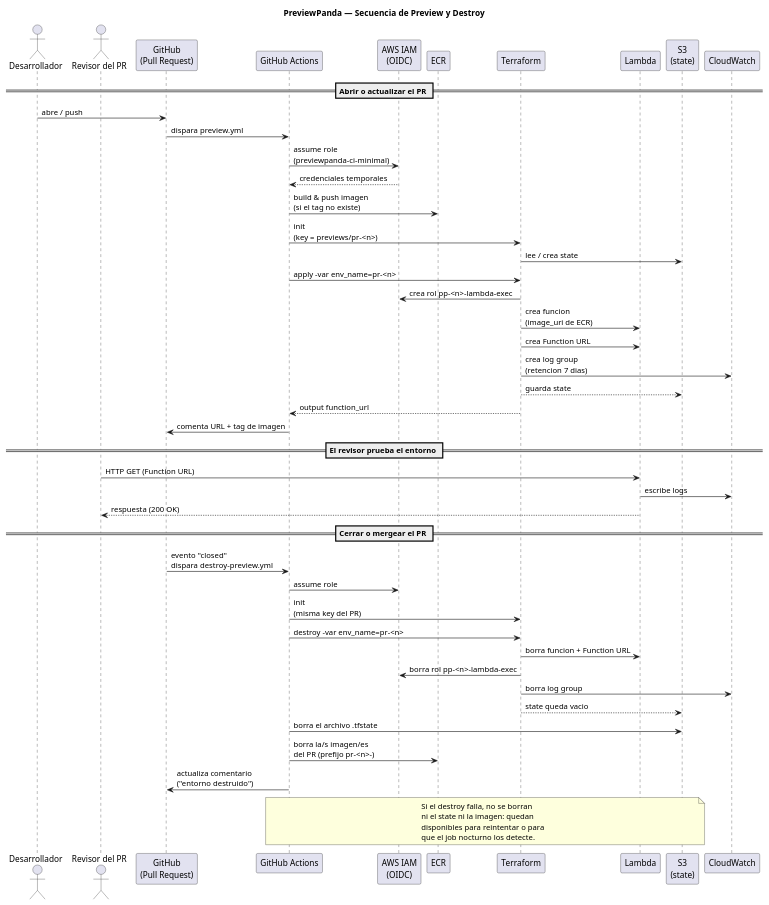
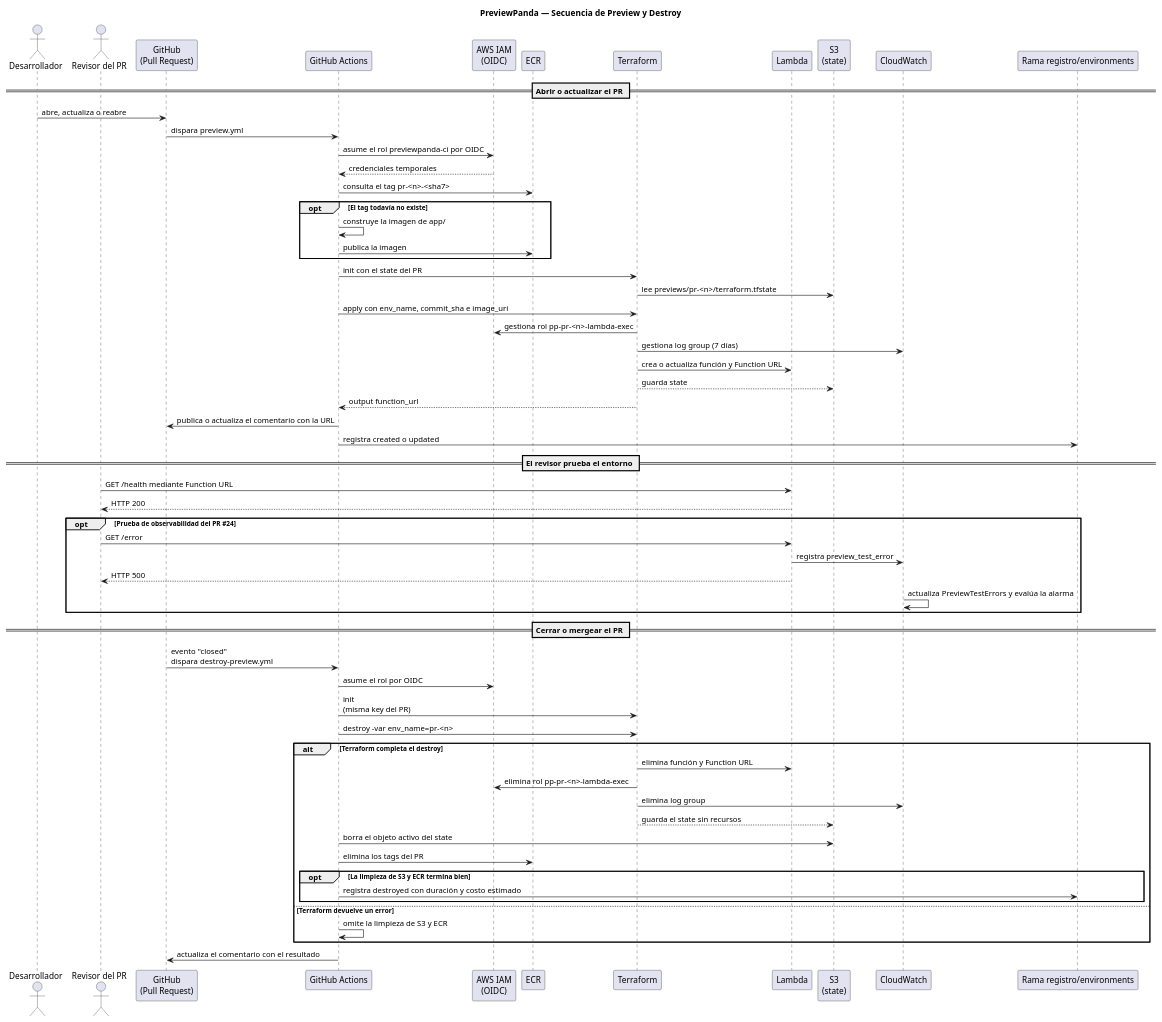
The diagram in docs/diagrams/diagrama-secuencia.puml (NicooGon/previewpanda), drawn with PlantUML before and after one commit. The commit also changed 10 other files, not shown here.

```diff
--- a/docs/diagrams/diagrama-secuencia.puml
+++ b/docs/diagrams/diagrama-secuencia.puml
@@ -1,61 +1,71 @@
-@startuml PreviewPanda - Diagrama de secuencia
+@startuml diagrama5
 
 title PreviewPanda — Secuencia de Preview y Destroy
 
 actor Desarrollador as Dev
 actor "Revisor del PR" as Reviewer
 participant "GitHub\n(Pull Request)" as PR
 participant "GitHub Actions" as GA
 participant "AWS IAM\n(OIDC)" as IAM
 participant "ECR" as ECR
 participant "Terraform" as TF
 participant "Lambda" as Lambda
 participant "S3\n(state)" as S3
 participant "CloudWatch" as CW
+participant "Rama registro/environments" as CSV
 
 == Abrir o actualizar el PR ==
 
-Dev -> PR : abre / push
+Dev -> PR : abre, actualiza o reabre
 PR -> GA : dispara preview.yml
-GA -> IAM : assume role\n(previewpanda-ci-minimal)
+GA -> IAM : asume el rol previewpanda-ci por OIDC
 IAM --> GA : credenciales temporales
-GA -> ECR : build & push imagen\n(si el tag no existe)
-GA -> TF : init\n(key = previews/pr-<n>)
-TF -> S3 : lee / crea state
-GA -> TF : apply -var env_name=pr-<n>
-TF -> IAM : crea rol pp-<n>-lambda-exec
-TF -> Lambda : crea funcion\n(image_uri de ECR)
-TF -> Lambda : crea Function URL
-TF -> CW : crea log group\n(retencion 7 dias)
+GA -> ECR : consulta el tag pr-<n>-<sha7>
+opt El tag todavía no existe
+  GA -> GA : construye la imagen de app/
+  GA -> ECR : publica la imagen
+end
+GA -> TF : init con el state del PR
+TF -> S3 : lee previews/pr-<n>/terraform.tfstate
+GA -> TF : apply con env_name, commit_sha e image_uri
+TF -> IAM : gestiona rol pp-pr-<n>-lambda-exec
+TF -> CW : gestiona log group (7 días)
+TF -> Lambda : crea o actualiza función y Function URL
 TF --> S3 : guarda state
 TF --> GA : output function_url
-GA -> PR : comenta URL + tag de imagen
+GA -> PR : publica o actualiza el comentario con la URL
+GA -> CSV : registra created o updated
 
 == El revisor prueba el entorno ==
 
-Reviewer -> Lambda : HTTP GET (Function URL)
-Lambda -> CW : escribe logs
-Lambda --> Reviewer : respuesta (200 OK)
+Reviewer -> Lambda : GET /health mediante Function URL
+Lambda --> Reviewer : HTTP 200
+opt Prueba de observabilidad del PR #24
+  Reviewer -> Lambda : GET /error
+  Lambda -> CW : registra preview_test_error
+  Lambda --> Reviewer : HTTP 500
+  CW -> CW : actualiza PreviewTestErrors y evalúa la alarma
+end
 
 == Cerrar o mergear el PR ==
 
 PR -> GA : evento "closed"\ndispara destroy-preview.yml
-GA -> IAM : assume role
+GA -> IAM : asume el rol por OIDC
 GA -> TF : init\n(misma key del PR)
 GA -> TF : destroy -var env_name=pr-<n>
-TF -> Lambda : borra funcion + Function URL
-TF -> IAM : borra rol pp-<n>-lambda-exec
-TF -> CW : borra log group
-TF --> S3 : state queda vacio
-GA -> S3 : borra el archivo .tfstate
-GA -> ECR : borra la/s imagen/es\ndel PR (prefijo pr-<n>-)
-GA -> PR : actualiza comentario\n("entorno destruido")
-
-note over GA, S3
-  Si el destroy falla, no se borran
-  ni el state ni la imagen: quedan
-  disponibles para reintentar o para
-  que el job nocturno los detecte.
-end note
+alt Terraform completa el destroy
+  TF -> Lambda : elimina función y Function URL
+  TF -> IAM : elimina rol pp-pr-<n>-lambda-exec
+  TF -> CW : elimina log group
+  TF --> S3 : guarda el state sin recursos
+  GA -> S3 : borra el objeto activo del state
+  GA -> ECR : elimina los tags del PR
+  opt La limpieza de S3 y ECR termina bien
+    GA -> CSV : registra destroyed con duración y costo estimado
+  end
+else Terraform devuelve un error
+  GA -> GA : omite la limpieza de S3 y ECR
+end
+GA -> PR : actualiza el comentario con el resultado
 
 @enduml
```
